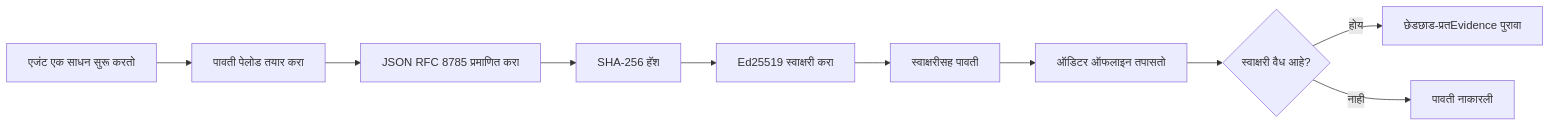
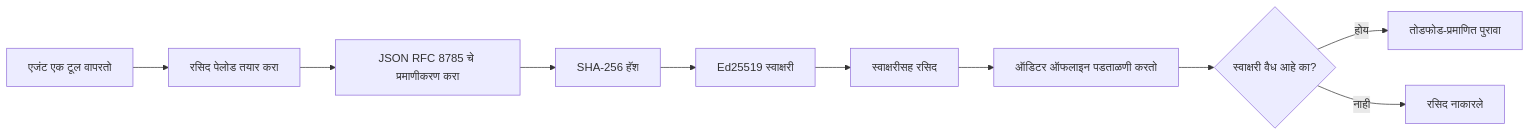
The first of 2 diagrams in mirrors/repos/microsoft@ai-agents-for-beginners/translations/mr/18-securing-ai-agents/README.md (gabrielmoreira/agent-skills-mirror), drawn with Mermaid before and after one commit. The commit also changed other lines of this file and 2285 other files, not shown here.

````diff
--- a/mirrors/repos/microsoft@ai-agents-for-beginners/translations/mr/18-securing-ai-agents/README.md
+++ b/mirrors/repos/microsoft@ai-agents-for-beginners/translations/mr/18-securing-ai-agents/README.md
@@ -51,12 +51,12 @@
 ```mermaid
 flowchart LR
-    A[एजंट एक साधन सुरू करतो] --> B[पावती पेलोड तयार करा]
-    B --> C[JSON RFC 8785 प्रमाणित करा]
+    A[एजंट एक टूल वापरतो] --> B[रसिद पेलोड तयार करा]
+    B --> C[JSON RFC 8785 चे प्रमाणीकरण करा]
     C --> D[SHA-256 हॅश]
-    D --> E[Ed25519 स्वाक्षरी करा]
-    E --> F[स्वाक्षरीसह पावती]
-    F --> G[ऑडिटर ऑफलाइन तपासतो]
-    G --> H{स्वाक्षरी वैध आहे?}
-    H -- होय --> I[छेडछाड-प्रतEvidence पुरावा]
-    H -- नाही --> J[पावती नाकारली]
+    D --> E[Ed25519 स्वाक्षरी]
+    E --> F[स्वाक्षरीसह रसिद]
+    F --> G[ऑडिटर ऑफलाइन पडताळणी करतो]
+    G --> H{स्वाक्षरी वैध आहे का?}
+    H -- होय --> I[तोडफोड-प्रमाणित पुरावा]
+    H -- नाही --> J[रसिद नाकारले]
 ```
````
